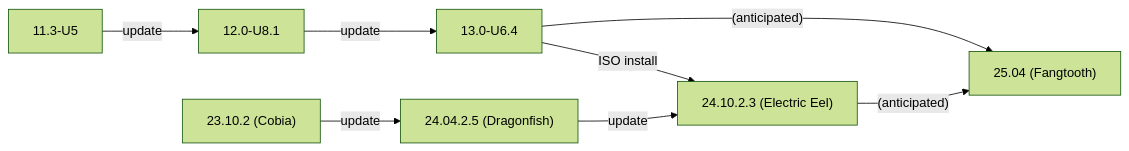
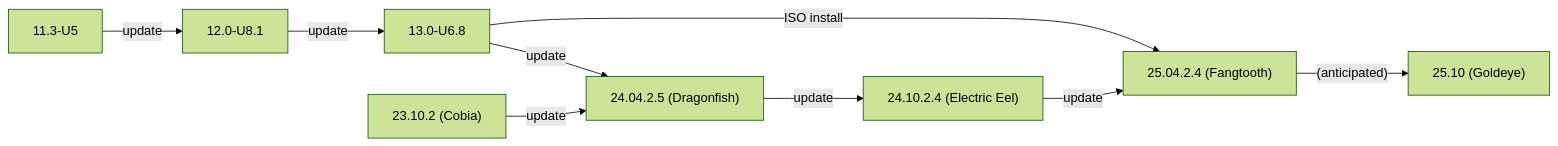
Before and after one commit to truenas/documentation: the second of 2 diagrams in static/includes/SCALEUpgradePaths.md, drawn with Mermaid (forest theme). The commit also changed other lines of this file and 2 other files, not shown here.

```diff
--- a/static/includes/SCALEUpgradePaths.md
+++ b/static/includes/SCALEUpgradePaths.md
@@ -87,11 +102,12 @@
-          {{< mermaid class="mermaid_sizing" >}}
-          flowchart LR
-            A["11.3-U5"] -->|update| B
-            B["12.0-U8.1"] -->|update| C
-            C["13.0-U6.4"] -->|ISO install| F
-            C["13.0-U6.4"] -->|"(anticipated)"| G
-            D["23.10.2 (Cobia)"] -->|update| E
-            E["24.04.2.5 (Dragonfish)"]  -->|update| F
-            F["24.10.2.3 (Electric Eel)"] -->|"(anticipated)"| G
-            G["25.04 (Fangtooth)"]
-          {{< /mermaid >}}
+            {{< mermaid class="mermaid_sizing" >}}
+            flowchart LR
+              A["11.3-U5"] -->|update| B
+              B["12.0-U8.1"] -->|update| C
+              C["13.0-U6.8"] -->|ISO install| G
+              C -->|update| E
+              D["23.10.2 (Cobia)"] -->|update| E
+              E["24.04.2.5 (Dragonfish)"]  -->|update| F
+              F["24.10.2.4 (Electric Eel)"] -->|update| G
+              G["25.04.2.4 (Fangtooth)"] -->|"(anticipated)"| H
+            H["25.10 (Goldeye)"]
+            {{< /mermaid >}}
```
